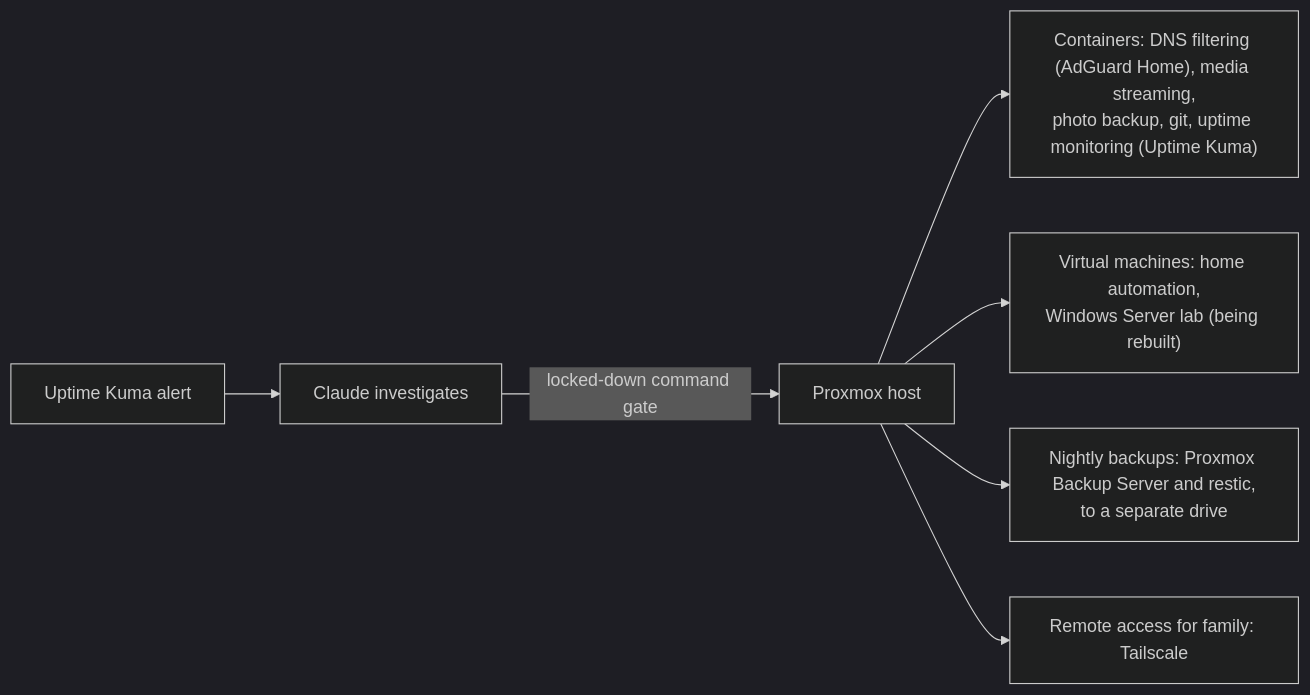
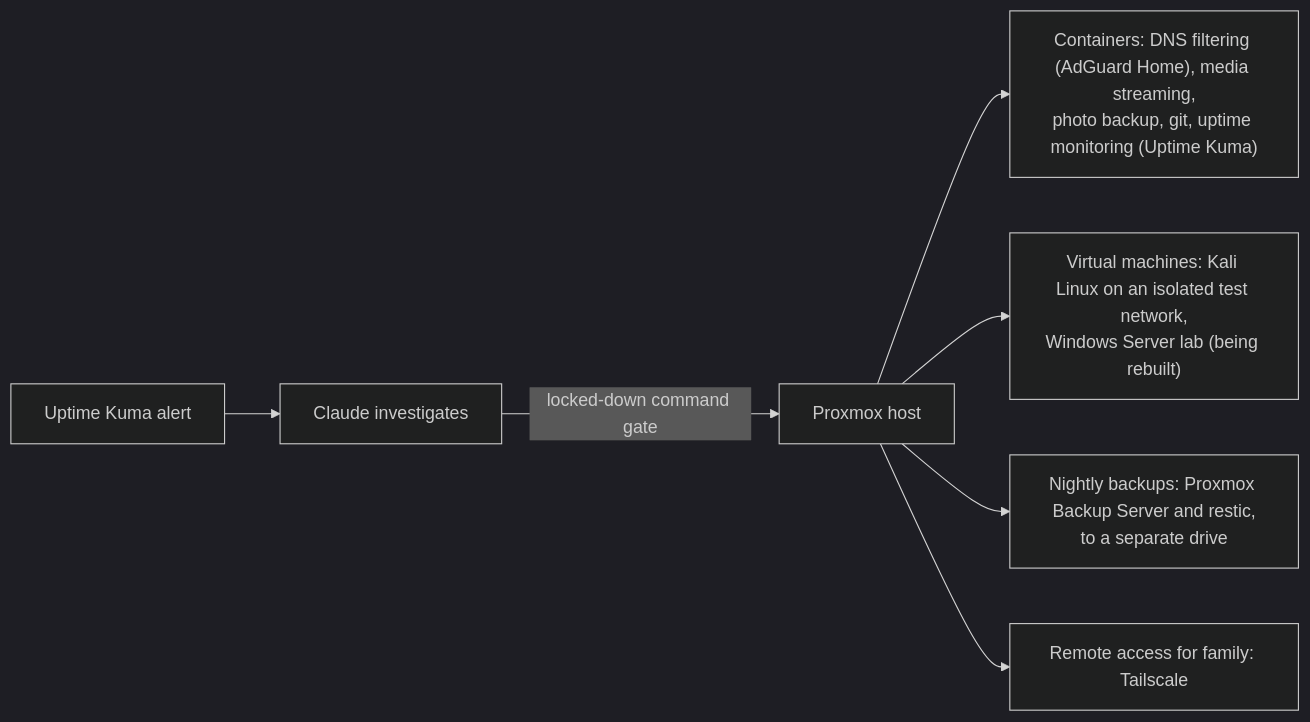
The diagram in README.md (Caleb-Boddington/Caleb-Boddington), drawn with Mermaid (dark theme) before and after one commit. The commit also changed other lines of this file, not shown here.

Commit message:
Update lab lines: Kali VM added, AD rebuild in progress

````diff
--- a/README.md
+++ b/README.md
@@ -9,10 +9,10 @@
 ```mermaid
 flowchart LR
     host["Proxmox host"]
     host --> ct["Containers: DNS filtering (AdGuard Home), media streaming,<br/>photo backup, git, uptime monitoring (Uptime Kuma)"]
-    host --> vm["Virtual machines: home automation,<br/>Windows Server lab (being rebuilt)"]
+    host --> vm["Virtual machines: Kali Linux on an isolated test network,<br/>Windows Server lab (being rebuilt)"]
     host --> bk["Nightly backups: Proxmox Backup Server and restic,<br/>to a separate drive"]
     host --> ts["Remote access for family: Tailscale"]
     kuma["Uptime Kuma alert"] --> desk["Claude investigates"]
     desk -->|"locked-down command gate"| host
 ```
````
